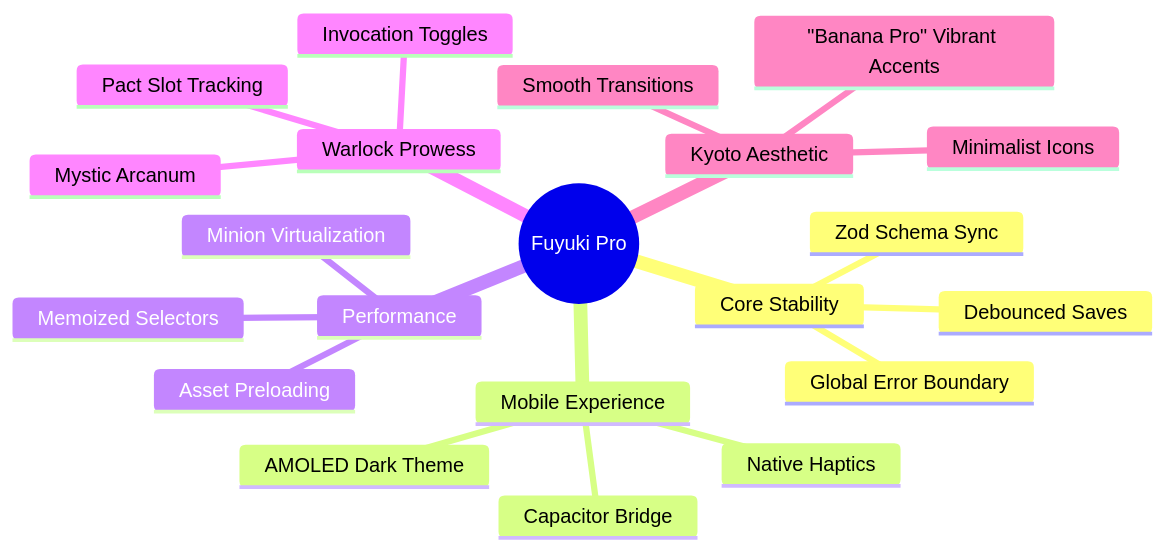
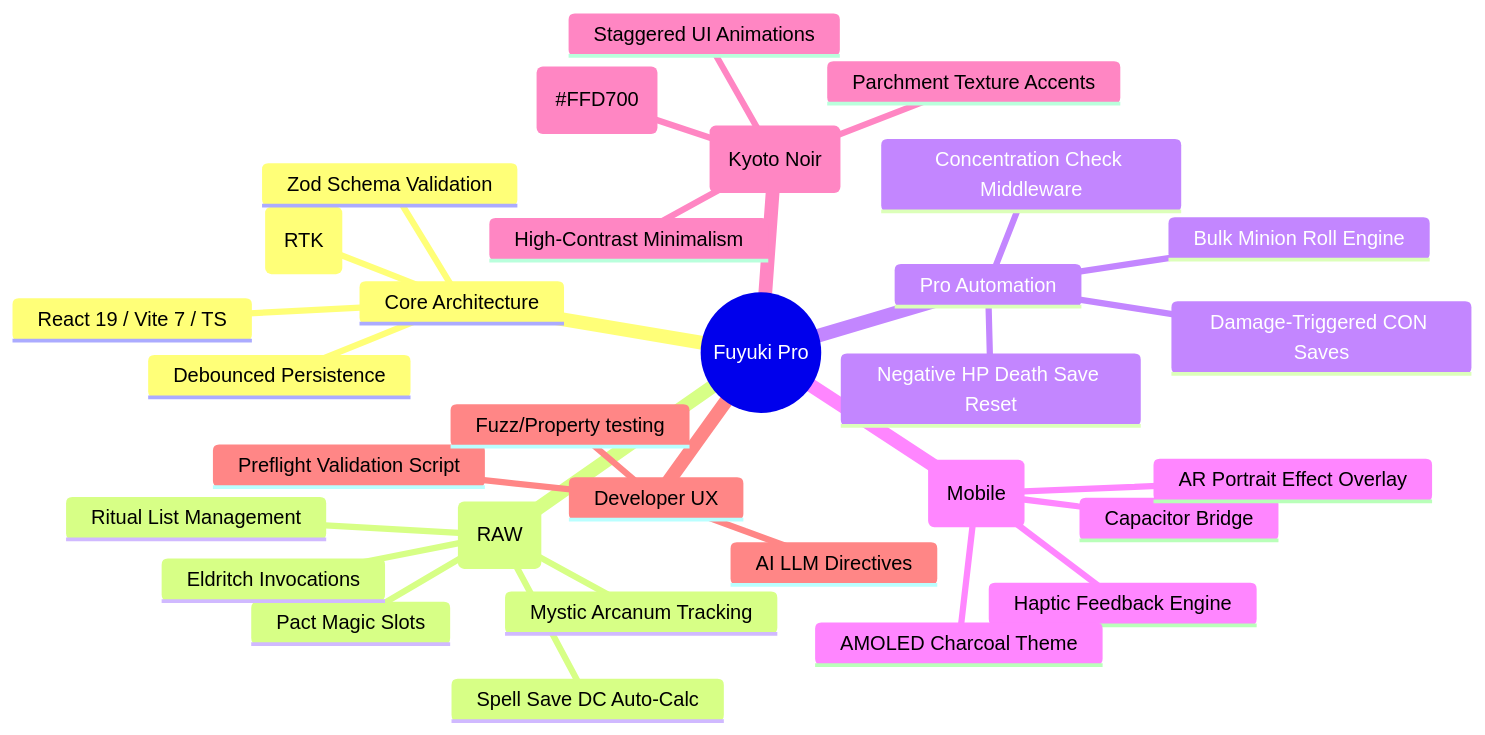
One commit to DaytimeBlues/Fuyuki changed the first of 2 diagrams in docs/vision_mindmap.md. Above: the diagram before and after it, drawn with Mermaid. The commit also changed other lines of this file and 4 other files, not shown here.

````diff
--- a/docs/vision_mindmap.md
+++ b/docs/vision_mindmap.md
@@ -5,24 +5,34 @@
 ```mermaid
 mindmap
   root((Fuyuki Pro))
-    Core Stability
-      Global Error Boundary
-      Zod Schema Sync
-      Debounced Saves
-    Mobile Experience
+    Core Architecture
+      React 19 / Vite 7 / TS
+      Redux Toolkit (RTK)
+      Zod Schema Validation
+      Debounced Persistence
+    Warlock Logic (RAW)
+      Pact Magic Slots
+      Mystic Arcanum Tracking
+      Eldritch Invocations
+      Ritual List Management
+      Spell Save DC Auto-Calc
+    Pro Automation
+      Concentration Check Middleware
+      Damage-Triggered CON Saves
+      Bulk Minion Roll Engine
+      Negative HP Death Save Reset
+    Native (Mobile)
       Capacitor Bridge
-      AMOLED Dark Theme
-      Native Haptics
-    Performance
-      Minion Virtualization
-      Memoized Selectors
-      Asset Preloading
-    Warlock Prowess
-      Pact Slot Tracking
-      Mystic Arcanum
-      Invocation Toggles
-    Kyoto Aesthetic
-      "Banana Pro" Vibrant Accents
-      Minimalist Icons
-      Smooth Transitions
+      Haptic Feedback Engine
+      AR Portrait Effect Overlay
+      AMOLED Charcoal Theme
+    Aesthetic (Kyoto Noir)
+      Banana Gold (#FFD700)
+      High-Contrast Minimalism
+      Staggered UI Animations
+      Parchment Texture Accents
+    Developer UX
+      Preflight Validation Script
+      AI LLM Directives
+      Fuzz/Property testing
 ```
````
